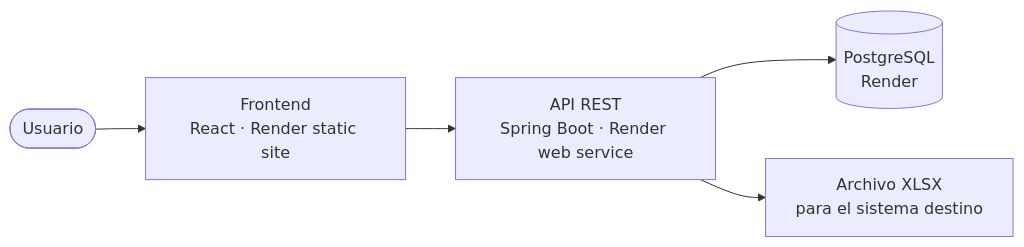
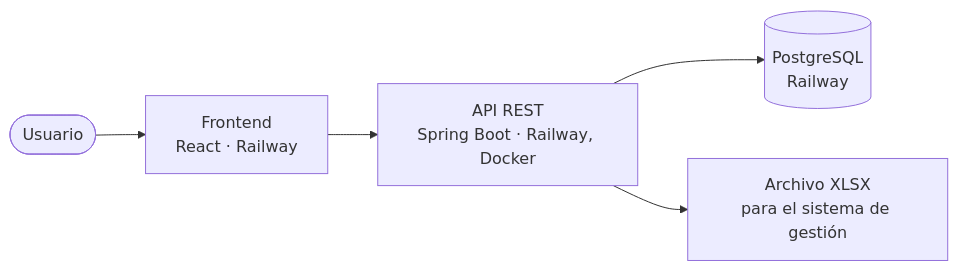
Before and after one commit to fraanv1999/TPIFinalDesiderioVazquez: the first of 2 diagrams in docs/modulos.md, drawn with Mermaid. The commit also changed other lines of this file and 10 other files, not shown here.

````diff
--- a/docs/modulos.md
+++ b/docs/modulos.md
@@ -7,7 +7,7 @@
 ```mermaid
 flowchart LR
-    U([Usuario]) --> FE[Frontend<br/>React · Render static site]
-    FE --> API[API REST<br/>Spring Boot · Render web service]
-    API --> DB[(PostgreSQL<br/>Render)]
-    API --> X[Archivo XLSX<br/>para el sistema destino]
+    U([Usuario]) --> FE[Frontend<br/>React · Railway]
+    FE --> API[API REST<br/>Spring Boot · Railway, Docker]
+    API --> DB[(PostgreSQL<br/>Railway)]
+    API --> X[Archivo XLSX<br/>para el sistema de gestión]
 ```
````
